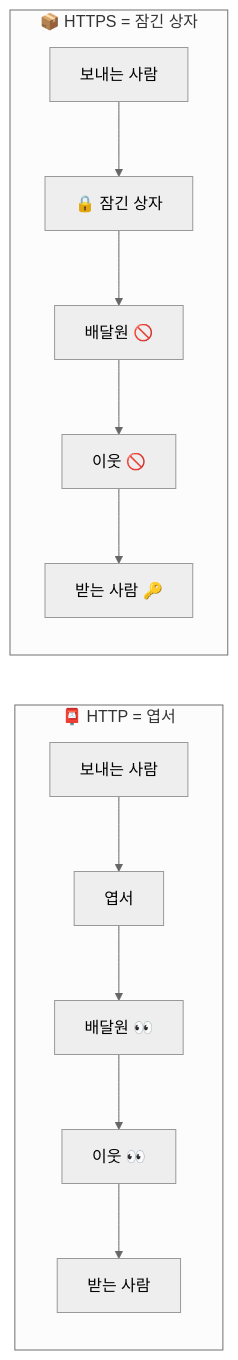
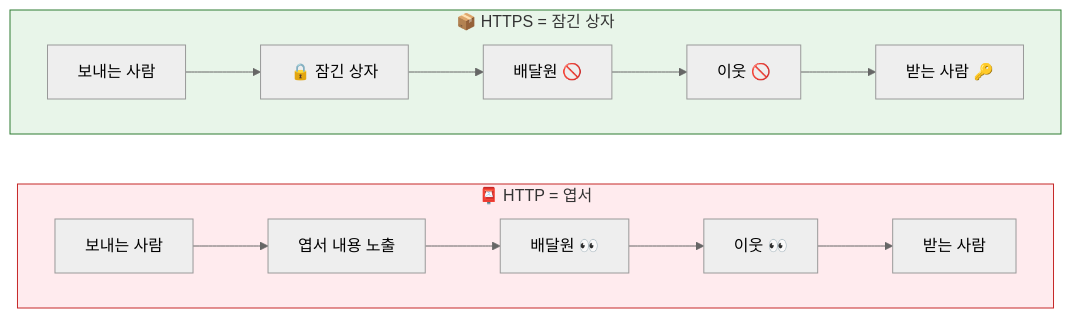
The first of 19 diagrams in 02-network/http-https/README.md (thseo4813/Study-Notes), drawn with Mermaid (neutral theme) before and after one commit. The commit also changed other lines of this file and 21 other files, not shown here.

````diff
--- a/02-network/http-https/README.md
+++ b/02-network/http-https/README.md
@@ -22,16 +22,21 @@
 ```mermaid
 flowchart LR
-    subgraph HTTP["📮 HTTP = 엽서"]
-        A1[보내는 사람] --> B1[엽서]
+    subgraph HTTP ["📮 HTTP = 엽서"]
+        direction LR
+        A1[보내는 사람] --> B1[엽서 내용 노출]
         B1 --> C1[배달원 👀]
         C1 --> D1[이웃 👀]
         D1 --> E1[받는 사람]
     end
     
-    subgraph HTTPS["📦 HTTPS = 잠긴 상자"]
+    subgraph HTTPS ["📦 HTTPS = 잠긴 상자"]
+        direction LR
         A2[보내는 사람] --> B2[🔒 잠긴 상자]
         B2 --> C2[배달원 🚫]
         C2 --> D2[이웃 🚫]
         D2 --> E2[받는 사람 🔑]
     end
+
+    style HTTP fill:#ffebee,stroke:#c62828
+    style HTTPS fill:#e8f5e9,stroke:#2e7d32
 ```
````
